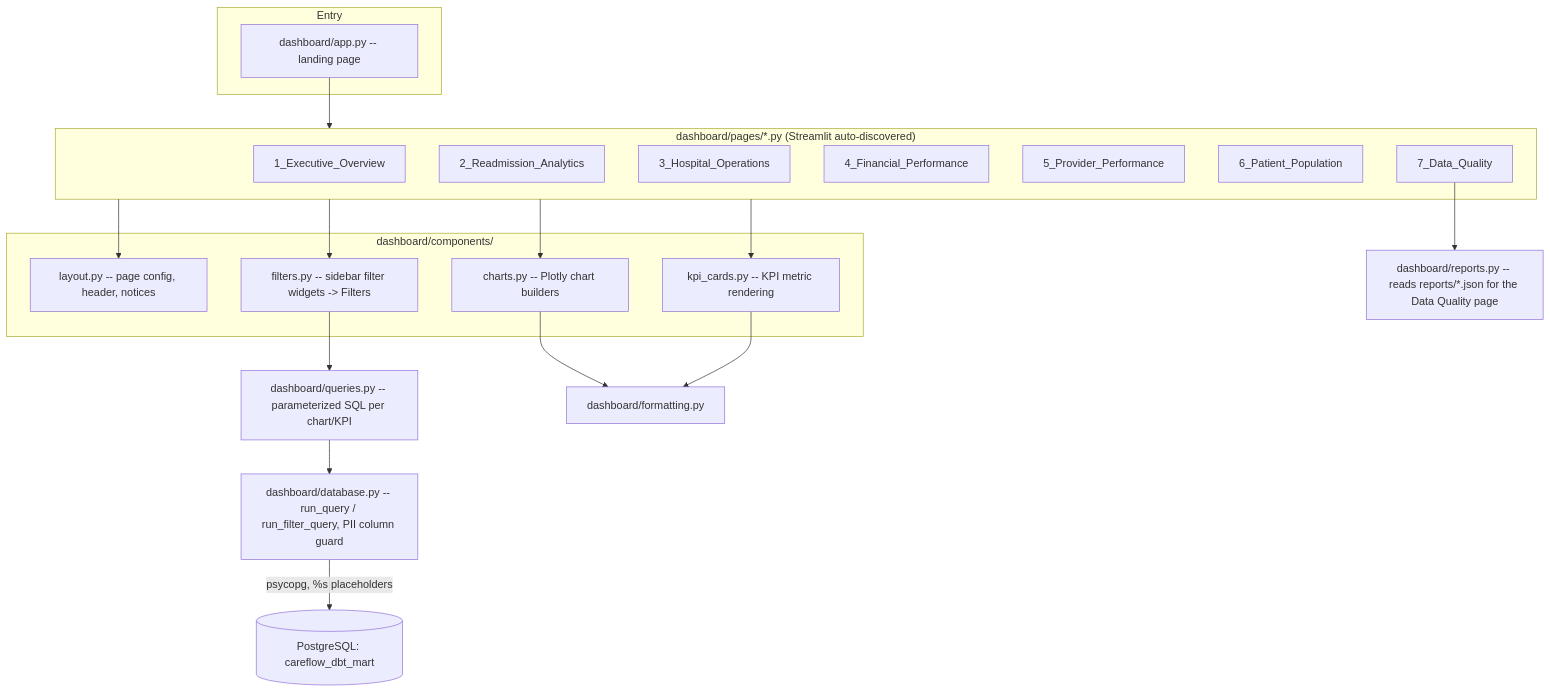
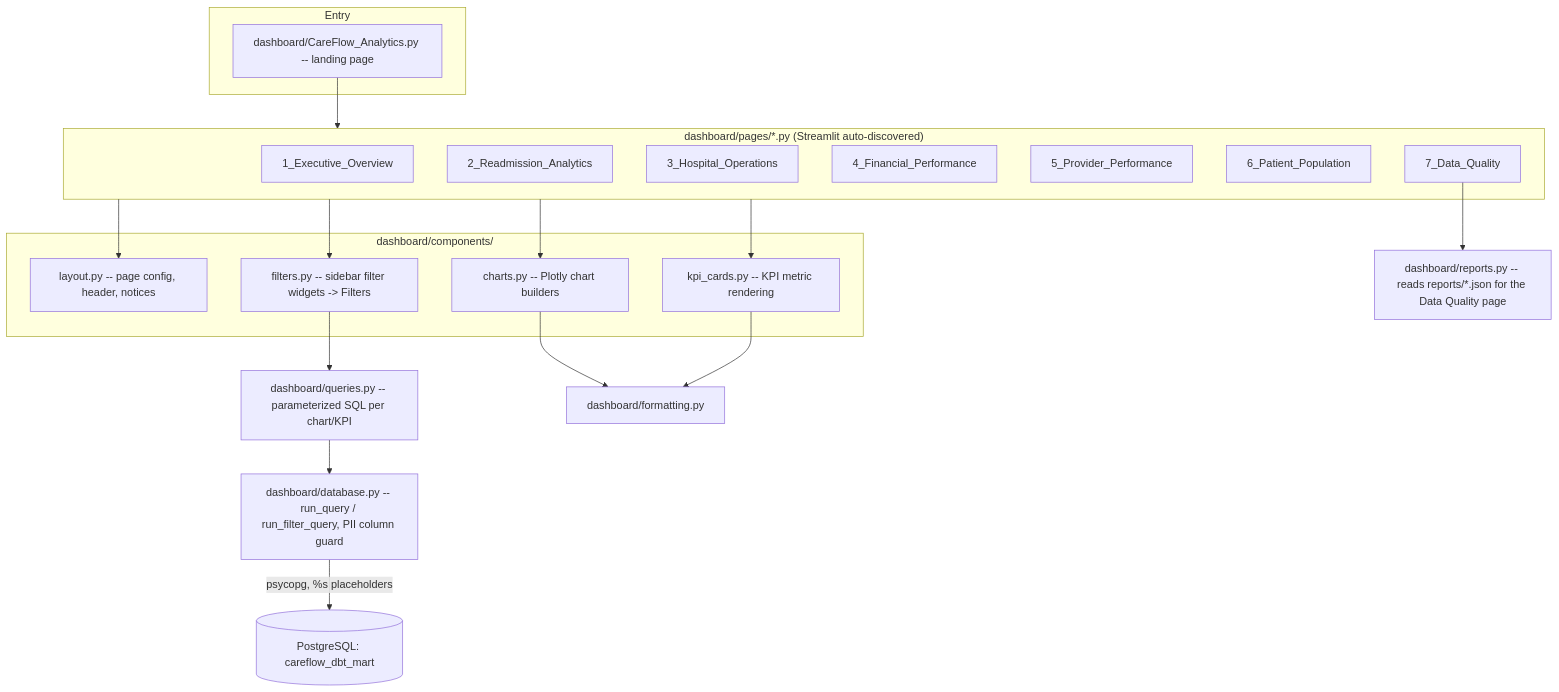
Before and after one commit to Gundabathina/careflow-realtime-healthcare-analytics: the diagram in docs/architecture/dashboard_architecture.md, drawn with Mermaid. The commit also changed other lines of this file and 25 other files, not shown here.

First line of the commit message:
feat: prepare CareFlow Analytics for public deployment

````diff
--- a/docs/architecture/dashboard_architecture.md
+++ b/docs/architecture/dashboard_architecture.md
@@ -7,40 +7,40 @@
 ```mermaid
 flowchart TD
     subgraph Entry
-        A[dashboard/app.py -- landing page]
+        A[dashboard/CareFlow_Analytics.py -- landing page]
     end
 
     subgraph Pages["dashboard/pages/*.py (Streamlit auto-discovered)"]
         P1[1_Executive_Overview]
         P2[2_Readmission_Analytics]
         P3[3_Hospital_Operations]
         P4[4_Financial_Performance]
         P5[5_Provider_Performance]
         P6[6_Patient_Population]
         P7[7_Data_Quality]
     end
 
     subgraph Shared["dashboard/components/"]
         L[layout.py -- page config, header, notices]
         FL[filters.py -- sidebar filter widgets -> Filters]
         C[charts.py -- Plotly chart builders]
         KC[kpi_cards.py -- KPI metric rendering]
     end
 
     Q[dashboard/queries.py -- parameterized SQL per chart/KPI]
     D[dashboard/database.py -- run_query / run_filter_query, PII column guard]
     FMT[dashboard/formatting.py]
     R[dashboard/reports.py -- reads reports/*.json for the Data Quality page]
 
     A --> Pages
     Pages --> L
     Pages --> FL
     FL --> Q
     Pages --> C
     Pages --> KC
     Q --> D
     D -->|psycopg, %s placeholders| PG[(PostgreSQL: careflow_dbt_mart)]
     P7 --> R
     C --> FMT
     KC --> FMT
 ```
````
